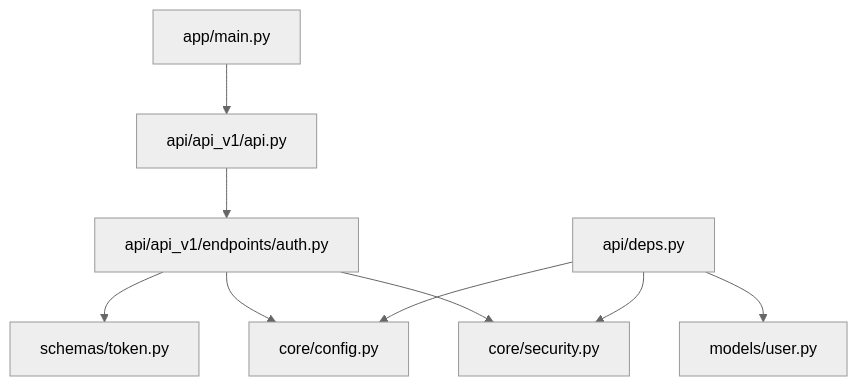
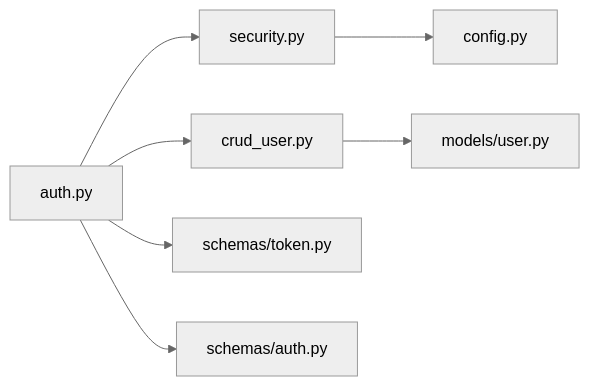
One commit to ss8806/Todos changed the seventh of 7 diagrams in .qoder/repowiki/ja/content/認証システム/JWTトークン管理.md. Above: the diagram before and after it, drawn with Mermaid (neutral theme). The commit also changed other lines of this file and 106 other files, not shown here.

````diff
--- a/.qoder/repowiki/ja/content/認証システム/JWTトークン管理.md
+++ b/.qoder/repowiki/ja/content/認証システム/JWTトークン管理.md
@@ -227,11 +280,9 @@
 ```mermaid
-graph TB
-AUTH_EP["api/api_v1/endpoints/auth.py"] --> SECURITY["core/security.py"]
-AUTH_EP --> CONFIG["core/config.py"]
-AUTH_EP --> TOKEN_SCHEMA["schemas/token.py"]
-DEPS["api/deps.py"] --> SECURITY
-DEPS --> USER_MODEL["models/user.py"]
-DEPS --> CONFIG
-MAIN["app/main.py"] --> API_ROUTER["api/api_v1/api.py"]
-API_ROUTER --> AUTH_EP
+graph LR
+AUTH["auth.py"] --> SEC["security.py"]
+AUTH --> CRUD["crud_user.py"]
+AUTH --> SCHEMA_T["schemas/token.py"]
+AUTH --> SCHEMA_A["schemas/auth.py"]
+SEC --> CFG["config.py"]
+CRUD --> MODEL["models/user.py"]
 ```
````
